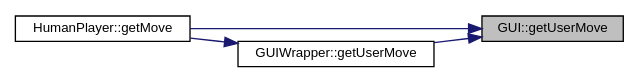
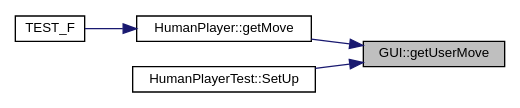
The diagram in class_g_u_i_a90c3a671452b797db9f8ba481c84767c_icgraph.dot (jesstyrrell/cosc345), drawn with Graphviz before and after one commit. The commit also changed 332 other files, not shown here.

```diff
--- a/class_g_u_i_a90c3a671452b797db9f8ba481c84767c_icgraph.dot
+++ b/class_g_u_i_a90c3a671452b797db9f8ba481c84767c_icgraph.dot
@@ -1,14 +1,15 @@
 digraph "GUI::getUserMove"
 {
  // INTERACTIVE_SVG=YES
  // LATEX_PDF_SIZE
   edge [fontname="Helvetica",fontsize="10",labelfontname="Helvetica",labelfontsize="10"];
   node [fontname="Helvetica",fontsize="10",shape=record];
   rankdir="RL";
   Node1 [label="GUI::getUserMove",height=0.2,width=0.4,color="black", fillcolor="grey75", style="filled", fontcolor="black",tooltip="Prompts the user for their move."];
   Node1 -> Node2 [dir="back",color="midnightblue",fontsize="10",style="solid",fontname="Helvetica"];
   Node2 [label="HumanPlayer::getMove",height=0.2,width=0.4,color="black", fillcolor="white", style="filled",URL="$class_human_player.html#a018a39db440dfa6af27780dde69a2d9b",tooltip="Gets the player's move during their turn."];
-  Node1 -> Node3 [dir="back",color="midnightblue",fontsize="10",style="solid",fontname="Helvetica"];
-  Node3 [label="GUIWrapper::getUserMove",height=0.2,width=0.4,color="black", fillcolor="white", style="filled",URL="$class_g_u_i_wrapper.html#ab83260f5e55af45e6f2e283fdb651aa1",tooltip=" "];
-  Node3 -> Node2 [dir="back",color="midnightblue",fontsize="10",style="solid",fontname="Helvetica"];
+  Node2 -> Node3 [dir="back",color="midnightblue",fontsize="10",style="solid",fontname="Helvetica"];
+  Node3 [label="TEST_F",height=0.2,width=0.4,color="black", fillcolor="white", style="filled",URL="$test___human_player_8cc.html#a38437ea9b1784f9346622a2135020993",tooltip=" "];
+  Node1 -> Node4 [dir="back",color="midnightblue",fontsize="10",style="solid",fontname="Helvetica"];
+  Node4 [label="HumanPlayerTest::SetUp",height=0.2,width=0.4,color="black", fillcolor="white", style="filled",URL="$class_human_player_test.html#af7aa343e83c6efc46920bb9089b3b9f9",tooltip=" "];
 }
```
